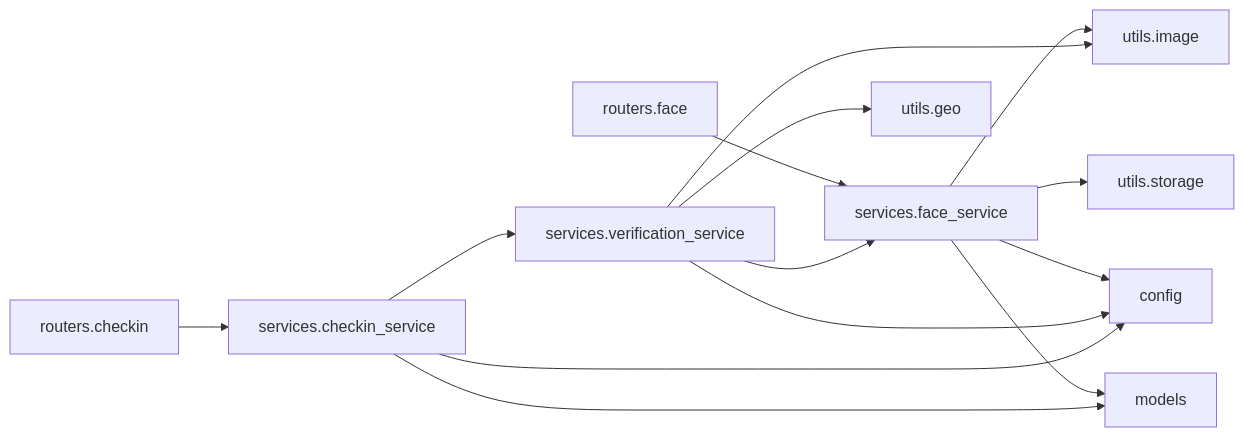
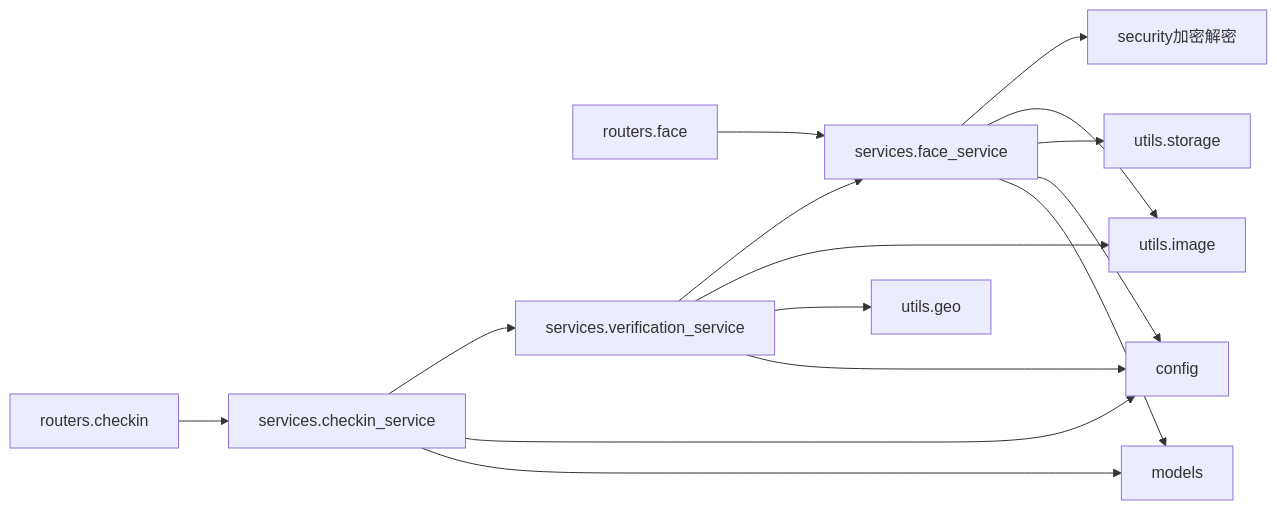
The seventh of 7 diagrams in .qoder/repowiki/zh/content/暑假作业打卡系统/后端服务架构/服务层架构/人脸识别服务.md (onebody/homework), drawn with Mermaid before and after one commit. The commit also changed other lines of this file and 14 other files, not shown here.

````diff
--- a/.qoder/repowiki/zh/content/暑假作业打卡系统/后端服务架构/服务层架构/人脸识别服务.md
+++ b/.qoder/repowiki/zh/content/暑假作业打卡系统/后端服务架构/服务层架构/人脸识别服务.md
@@ -321,16 +380,17 @@
 ```mermaid
 graph LR
 R_face["routers.face"] --> S_face["services.face_service"]
 R_checkin["routers.checkin"] --> S_checkin["services.checkin_service"]
 S_checkin --> S_verify["services.verification_service"]
 S_verify --> S_face
+S_face --> SEC_security["security加密解密"]
 S_face --> U_image["utils.image"]
 S_face --> U_storage["utils.storage"]
 S_verify --> U_image
 S_verify --> U_geo["utils.geo"]
 S_face --> C_cfg["config"]
 S_verify --> C_cfg
 S_checkin --> C_cfg
 S_face --> M_models["models"]
 S_checkin --> M_models
 ```
````
